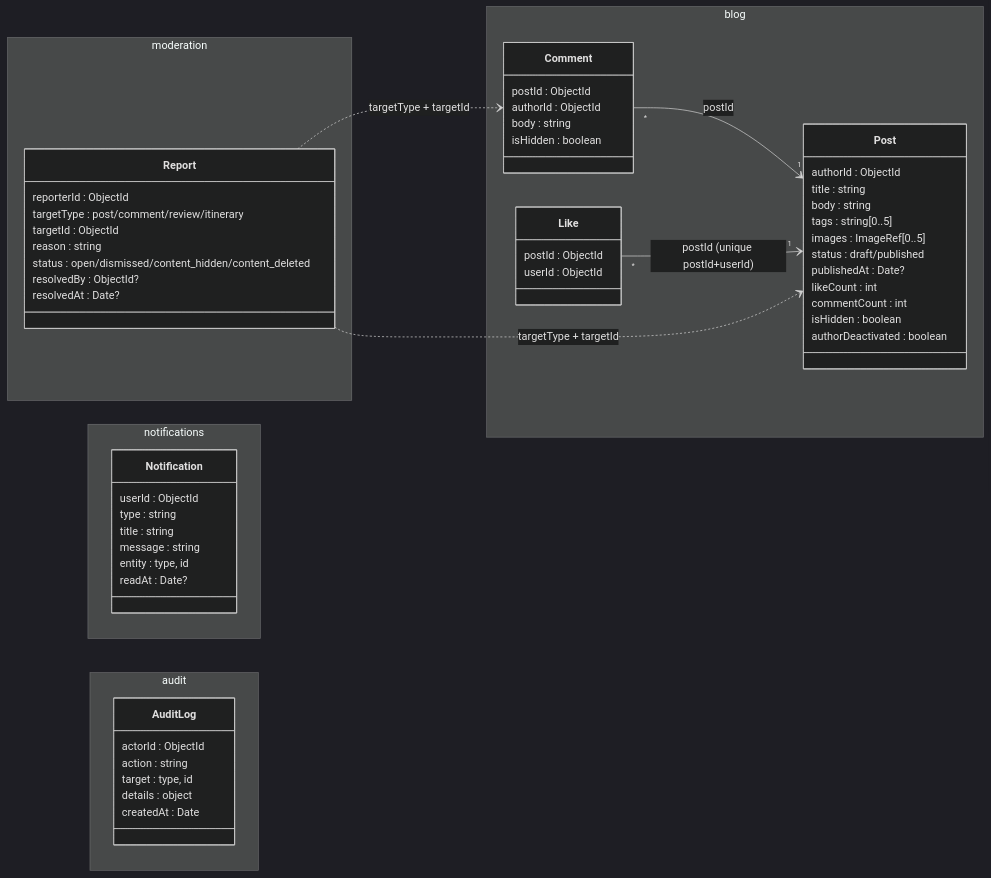
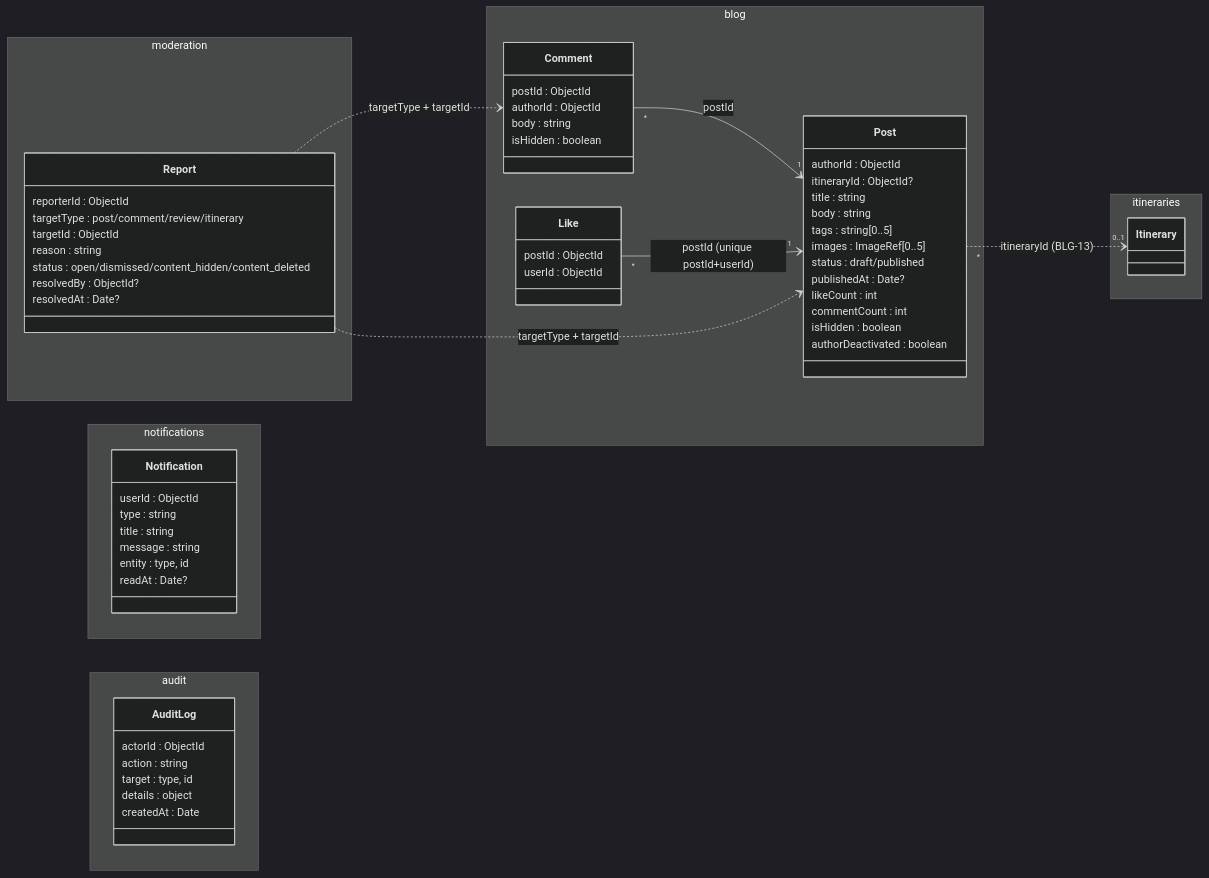
The seventh of 7 diagrams in docs/database/class-diagrams.md (Host173/Man2o4ah), drawn with Mermaid (dark theme) before and after one commit. The commit also changed other lines of this file and 8 other files, not shown here.

First line of the commit message:
feat(blog): prepare itinerary attachment schema (BLG-13)

````diff
--- a/docs/database/class-diagrams.md
+++ b/docs/database/class-diagrams.md
@@ -484,63 +485,68 @@
 ```mermaid
 classDiagram
   direction LR
   namespace blog {
     class Post {
       authorId : ObjectId
+      itineraryId : ObjectId?
       title : string
       body : string
       tags : string[0..5]
       images : ImageRef[0..5]
       status : draft/published
       publishedAt : Date?
       likeCount : int
       commentCount : int
       isHidden : boolean
       authorDeactivated : boolean
     }
     class Comment {
       postId : ObjectId
       authorId : ObjectId
       body : string
       isHidden : boolean
     }
     class Like {
       postId : ObjectId
       userId : ObjectId
     }
   }
   namespace moderation {
     class Report {
       reporterId : ObjectId
       targetType : post/comment/review/itinerary
       targetId : ObjectId
       reason : string
       status : open/dismissed/content_hidden/content_deleted
       resolvedBy : ObjectId?
       resolvedAt : Date?
     }
   }
   namespace notifications {
     class Notification {
       userId : ObjectId
       type : string
       title : string
       message : string
       entity : type, id
       readAt : Date?
     }
   }
   namespace audit {
     class AuditLog {
       actorId : ObjectId
       action : string
       target : type, id
       details : object
       createdAt : Date
     }
   }
+  namespace itineraries {
+    class Itinerary
+  }
   Comment "*" --> "1" Post : postId
+  Post "*" ..> "0..1" Itinerary : itineraryId (BLG-13)
   Like "*" --> "1" Post : postId (unique postId+userId)
   Report ..> Post : targetType + targetId
   Report ..> Comment : targetType + targetId
 ```
````
